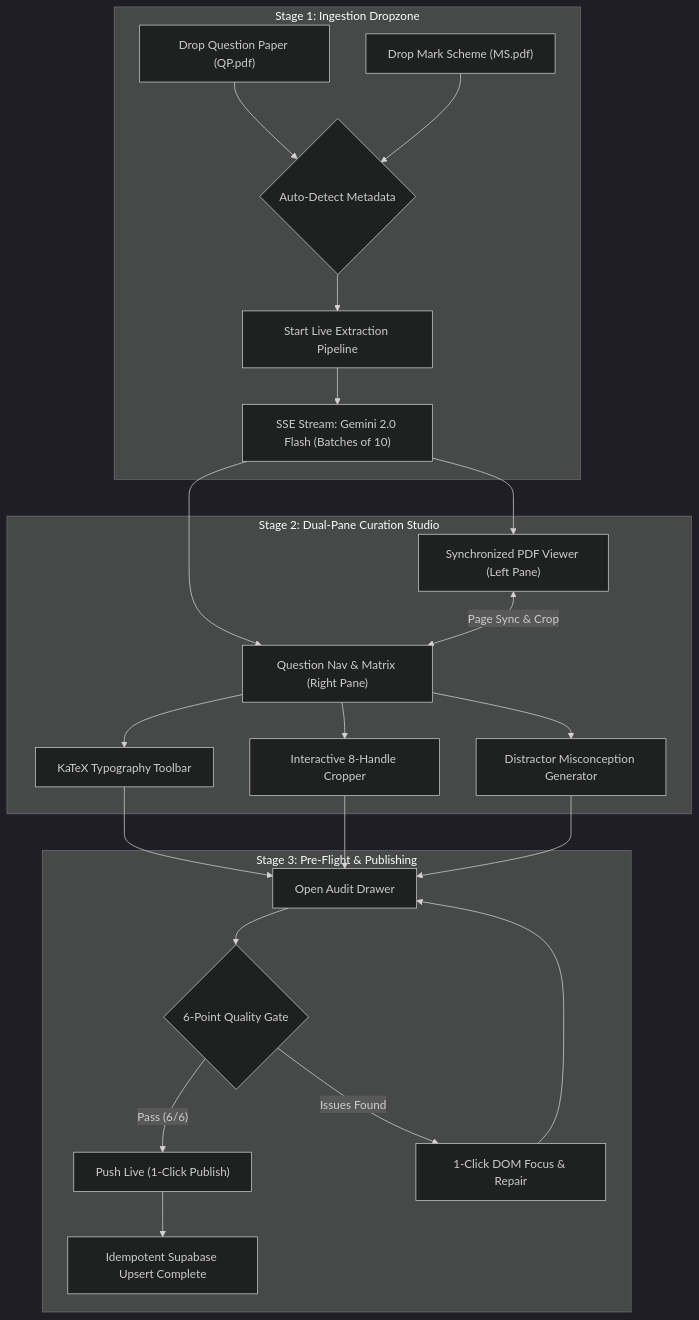
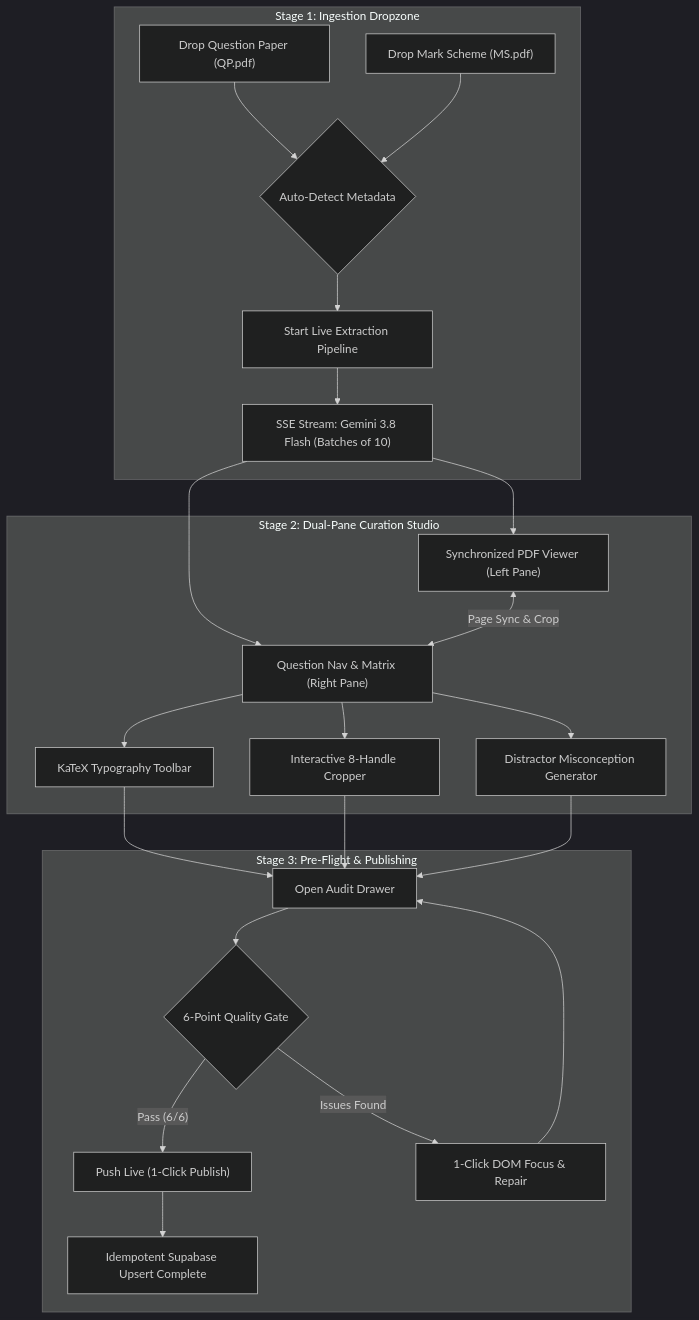
The diagram in docs/ingestion-v2-guide.md (joelchong777/revizz), drawn with Mermaid (dark theme) before and after one commit. The commit also changed other lines of this file and 5 other files, not shown here.

````diff
--- a/docs/ingestion-v2-guide.md
+++ b/docs/ingestion-v2-guide.md
@@ -52,27 +52,27 @@
 ```mermaid
 flowchart TD
     subgraph S1["Stage 1: Ingestion Dropzone"]
         A["Drop Question Paper (QP.pdf)"] --> C{"Auto-Detect Metadata"}
         B["Drop Mark Scheme (MS.pdf)"] --> C
         C --> D["Start Live Extraction Pipeline"]
-        D --> E["SSE Stream: Gemini 2.0 Flash (Batches of 10)"]
+        D --> E["SSE Stream: Gemini 3.8 Flash (Batches of 10)"]
     end
 
     subgraph S2["Stage 2: Dual-Pane Curation Studio"]
         E --> F["Synchronized PDF Viewer (Left Pane)"]
         E --> G["Question Nav & Matrix (Right Pane)"]
         F <-->|"Page Sync & Crop"| G
         G --> H["KaTeX Typography Toolbar"]
         G --> I["Interactive 8-Handle Cropper"]
         G --> J["Distractor Misconception Generator"]
     end
 
     subgraph S3["Stage 3: Pre-Flight & Publishing"]
         H & I & J --> K["Open Audit Drawer"]
         K --> L{"6-Point Quality Gate"}
         L -- "Pass (6/6)" --> M["Push Live (1-Click Publish)"]
         L -- "Issues Found" --> N["1-Click DOM Focus & Repair"]
         N --> K
         M --> O["Idempotent Supabase Upsert Complete"]
     end
 ```
````
